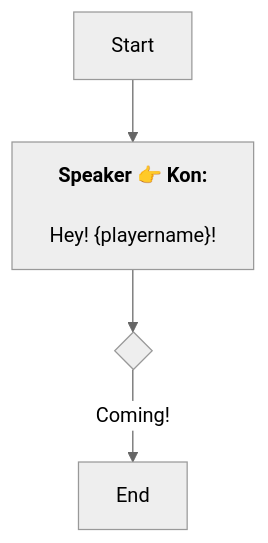
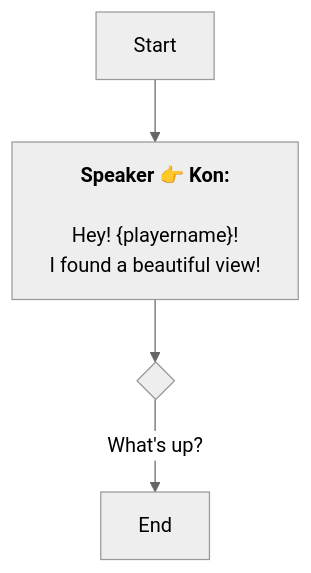
Before and after one commit to SoftHu/tos_avg: the diagram in En/QuestStartTalkENode_1751813638943161.md, drawn with Mermaid (neutral theme). The commit also changed 312 other files, not shown here.

````diff
--- a/En/QuestStartTalkENode_1751813638943161.md
+++ b/En/QuestStartTalkENode_1751813638943161.md
@@ -1,9 +1,10 @@
 ```mermaid
 graph
 Start -->1751814007493088[<b>Speaker 👉 Kon:</b>
 
-Hey! &lbrace;playername&rbrace;! ]
+Hey! &lbrace;playername&rbrace;! 
+I found a beautiful view!]
 1751814007493088 -->1751814009403873{ }
-1751814009403873 -->|Coming!|1751814479853030[End]
+1751814009403873 -->|What's up?|1751814479853030[End]
 
  ```
````
